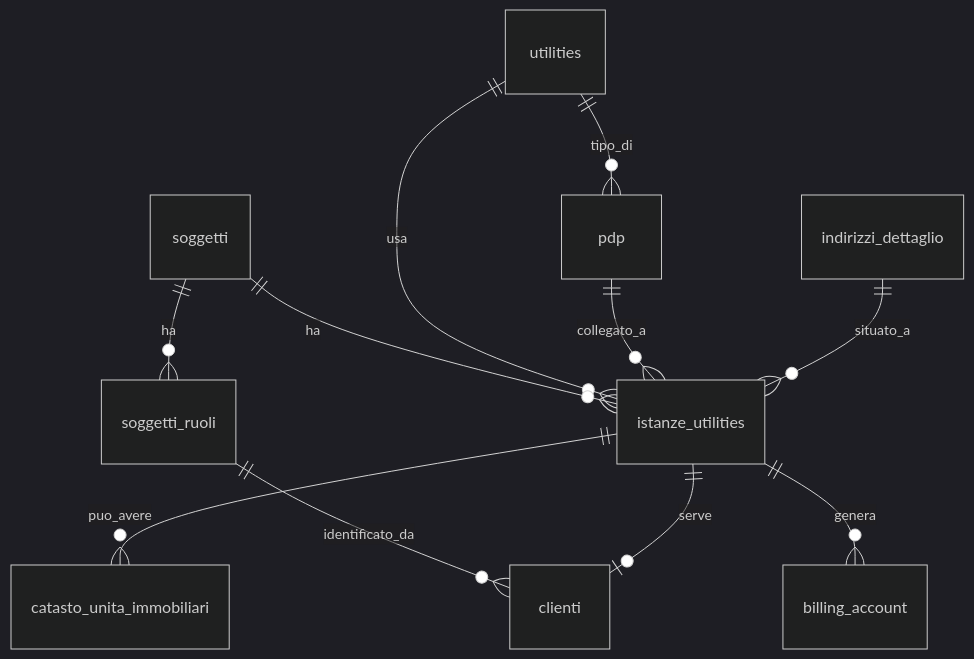
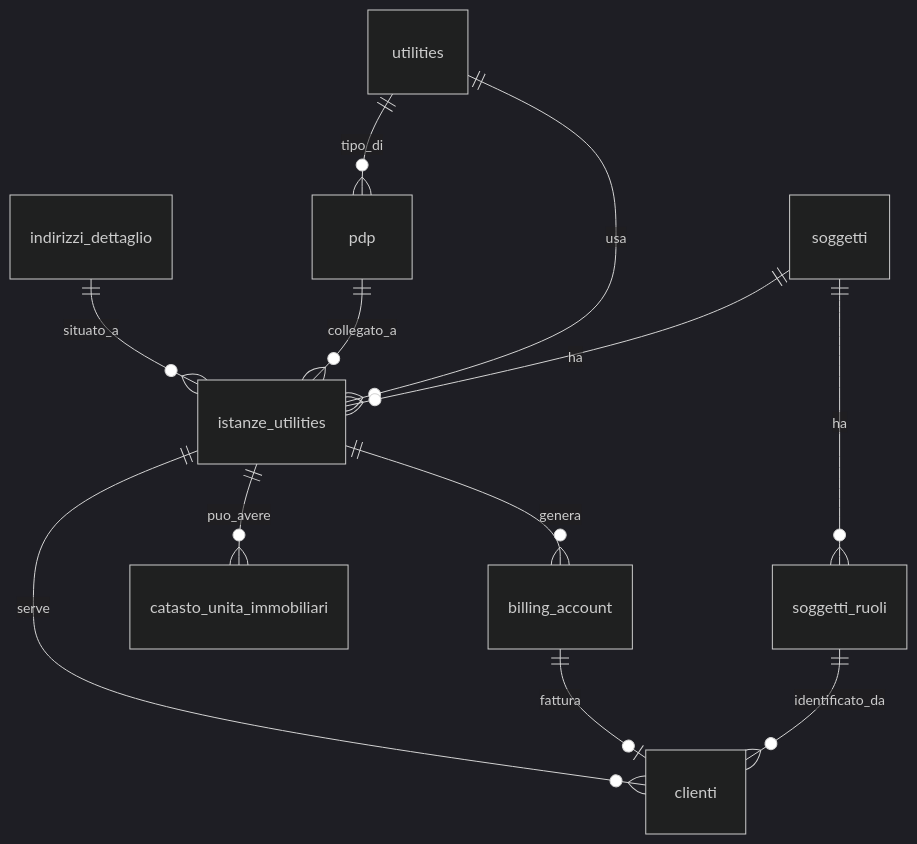
One commit to Tito-it/ZeroErp changed the diagram in docs/it/guide/gestione-delle-istanze-utility.md. Above: the diagram before and after it, drawn with Mermaid (dark theme). The commit also changed other lines of this file and 77 other files, not shown here.

````diff
--- a/docs/it/guide/gestione-delle-istanze-utility.md
+++ b/docs/it/guide/gestione-delle-istanze-utility.md
@@ -303,15 +303,16 @@
 ```mermaid
 erDiagram
     indirizzi_dettaglio ||--o{ istanze_utilities : situato_a
-    istanze_utilities ||--o| clienti : serve
+    istanze_utilities ||--o{ clienti : serve
+    billing_account ||--o| clienti : fattura
     istanze_utilities ||--o{ catasto_unita_immobiliari : puo_avere
     istanze_utilities ||--o{ billing_account : genera
 
     pdp ||--o{ istanze_utilities : collegato_a
     utilities ||--o{ pdp : tipo_di
     utilities ||--o{ istanze_utilities : usa
 
     soggetti ||--o{ istanze_utilities : ha
     soggetti ||--o{ soggetti_ruoli : ha
     soggetti_ruoli ||--o{ clienti : identificato_da
 ```
````
